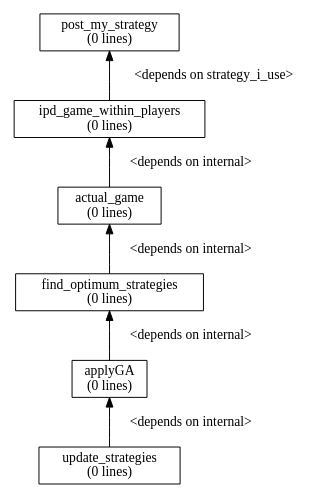
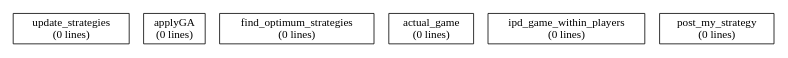
Before and after one commit to ETACE/EURACE: the diagram in models/AFM/afm_branches/mariam/RPDGame_Sander/dgraph.dot, drawn with Graphviz. The commit also changed 14 other files, not shown here.

Commit message:
modify the model to work on xparser 0.20 - dotty graph giving wrong results

```diff
--- a/models/AFM/afm_branches/mariam/RPDGame_Sander/dgraph.dot
+++ b/models/AFM/afm_branches/mariam/RPDGame_Sander/dgraph.dot
@@ -1,20 +1,15 @@
 digraph dependency_graph {
 	rankdir=BT;
 	size="8,5;"
 	node [shape = rect];
 	
 	/* Functions */
 	update_strategies[height = 0.000000, label = "update_strategies\n(0 lines)"]
 	applyGA[height = 0.000000, label = "applyGA\n(0 lines)"]
 	find_optimum_strategies[height = 0.000000, label = "find_optimum_strategies\n(0 lines)"]
 	actual_game[height = 0.000000, label = "actual_game\n(0 lines)"]
 	ipd_game_within_players[height = 0.000000, label = "ipd_game_within_players\n(0 lines)"]
 	post_my_strategy[height = 0.000000, label = "post_my_strategy\n(0 lines)"]
 	
 	/* Dependencies */
-	update_strategies -> applyGA [ label = "<depends on internal>" ];
-	applyGA -> find_optimum_strategies [ label = "<depends on internal>" ];
-	find_optimum_strategies -> actual_game [ label = "<depends on internal>" ];
-	actual_game -> ipd_game_within_players [ label = "<depends on internal>" ];
-	ipd_game_within_players -> post_my_strategy [ label = "<depends on strategy_i_use>" ];
 }
```
